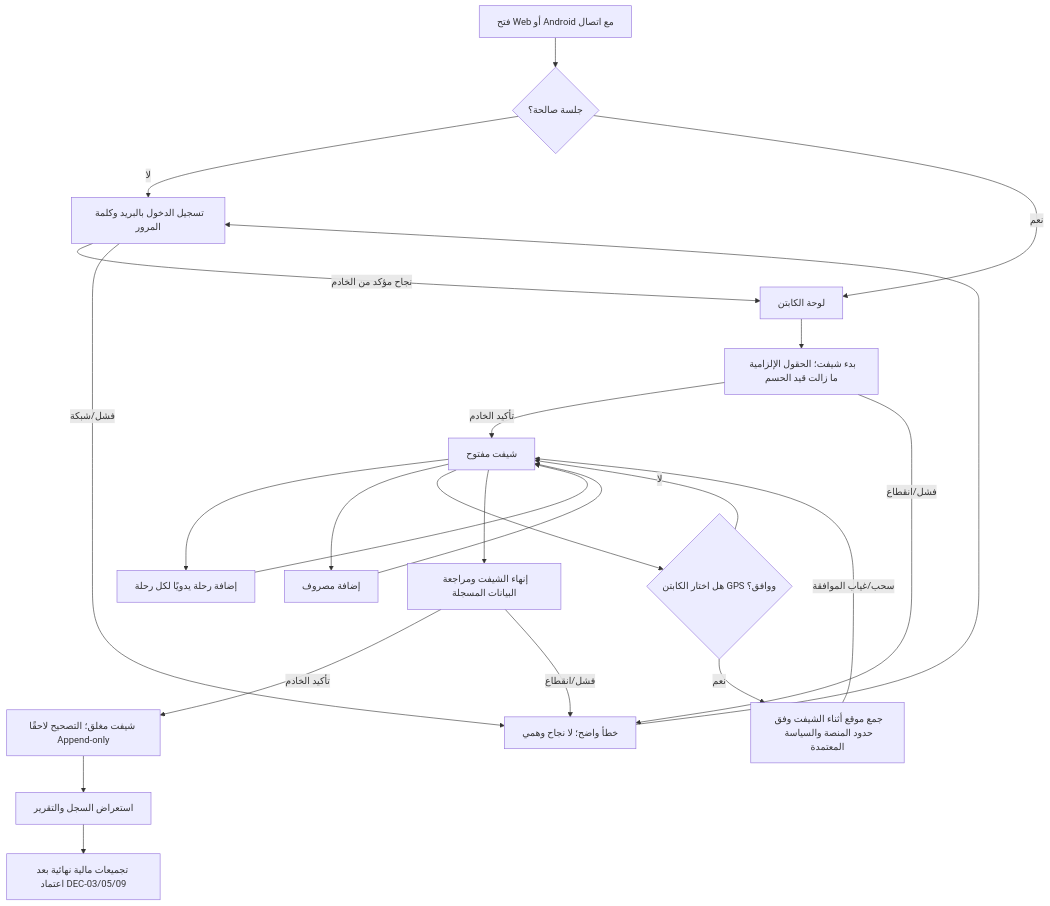
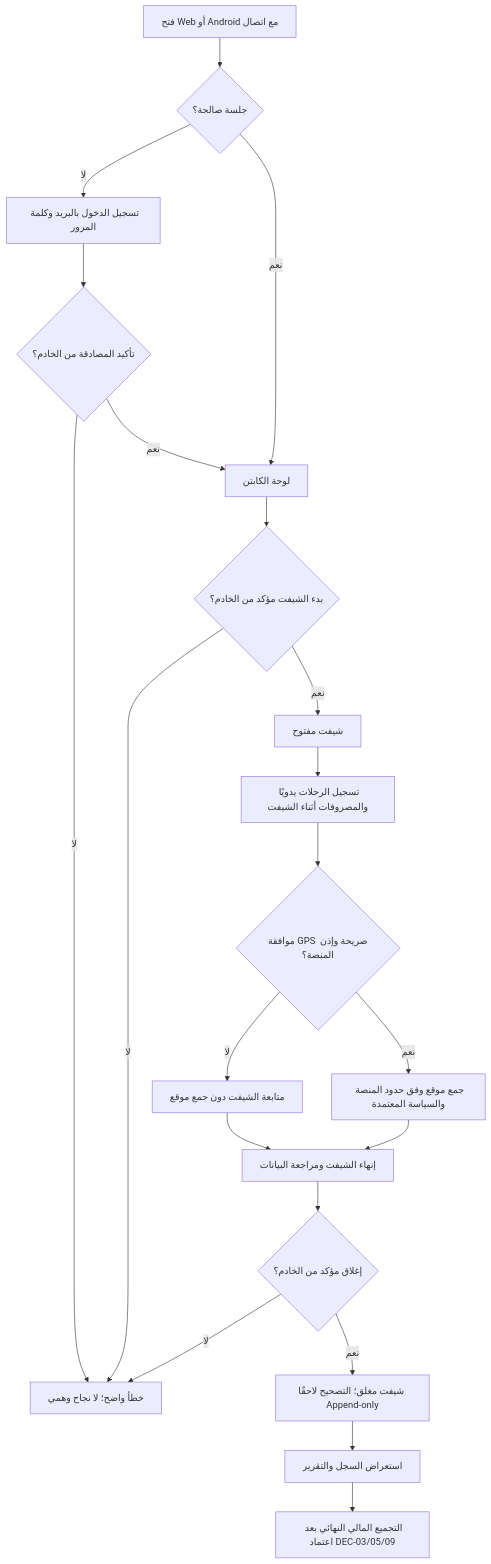
One commit to mosabosama2030-oss/Fleet-commander- changed the first of 2 diagrams in docs/agents/CAPTAIN_WORKFLOW_GAP_REPORT_AR.md. Above: the diagram before and after it, drawn with Mermaid. The commit also changed other lines of this file, not shown here.

Commit message:
docs: refine captain journey diagrams

````diff
--- a/docs/agents/CAPTAIN_WORKFLOW_GAP_REPORT_AR.md
+++ b/docs/agents/CAPTAIN_WORKFLOW_GAP_REPORT_AR.md
@@ -49,25 +49,23 @@
 ```mermaid
 flowchart TD
     A[فتح Web أو Android مع اتصال] --> B{جلسة صالحة؟}
     B -- لا --> C[تسجيل الدخول بالبريد وكلمة المرور]
-    C -->|نجاح مؤكد من الخادم| D[لوحة الكابتن]
-    C -->|فشل/شبكة| E[خطأ واضح؛ لا نجاح وهمي]
-    E --> C
-    B -- نعم --> D
-    D --> F[بدء شيفت؛ الحقول الإلزامية ما زالت قيد الحسم]
-    F -->|تأكيد الخادم| G[شيفت مفتوح]
-    F -->|فشل/انقطاع| E
-    G --> H[إضافة رحلة يدويًا لكل رحلة]
-    G --> I[إضافة مصروف]
-    G --> J{هل اختار الكابتن GPS ووافق؟}
-    J -- لا --> G
-    J -- نعم --> K[جمع موقع أثناء الشيفت وفق حدود المنصة والسياسة المعتمدة]
-    K -->|سحب/غياب الموافقة| G
-    H --> G
-    I --> G
-    G --> L[إنهاء الشيفت ومراجعة البيانات المسجلة]
-    L -->|تأكيد الخادم| M[شيفت مغلق؛ التصحيح لاحقًا Append-only]
-    L -->|فشل/انقطاع| E
-    M --> N[استعراض السجل والتقرير]
-    N --> O[تجميعات مالية نهائية بعد اعتماد DEC-03/05/09]
+    C --> D{تأكيد المصادقة من الخادم؟}
+    D -- نعم --> E[لوحة الكابتن]
+    D -- لا --> X[خطأ واضح؛ لا نجاح وهمي]
+    B -- نعم --> E
+    E --> F{بدء الشيفت مؤكد من الخادم؟}
+    F -- لا --> X
+    F -- نعم --> G[شيفت مفتوح]
+    G --> H[تسجيل الرحلات يدويًا والمصروفات أثناء الشيفت]
+    H --> I{موافقة GPS صريحة وإذن المنصة؟}
+    I -- لا --> J[متابعة الشيفت دون جمع موقع]
+    I -- نعم --> K[جمع موقع وفق حدود المنصة والسياسة المعتمدة]
+    J --> L[إنهاء الشيفت ومراجعة البيانات]
+    K --> L
+    L --> M{إغلاق مؤكد من الخادم؟}
+    M -- لا --> X
+    M -- نعم --> N[شيفت مغلق؛ التصحيح لاحقًا Append-only]
+    N --> O[استعراض السجل والتقرير]
+    O --> P[التجميع المالي النهائي بعد اعتماد DEC-03/05/09]
 ```
````
